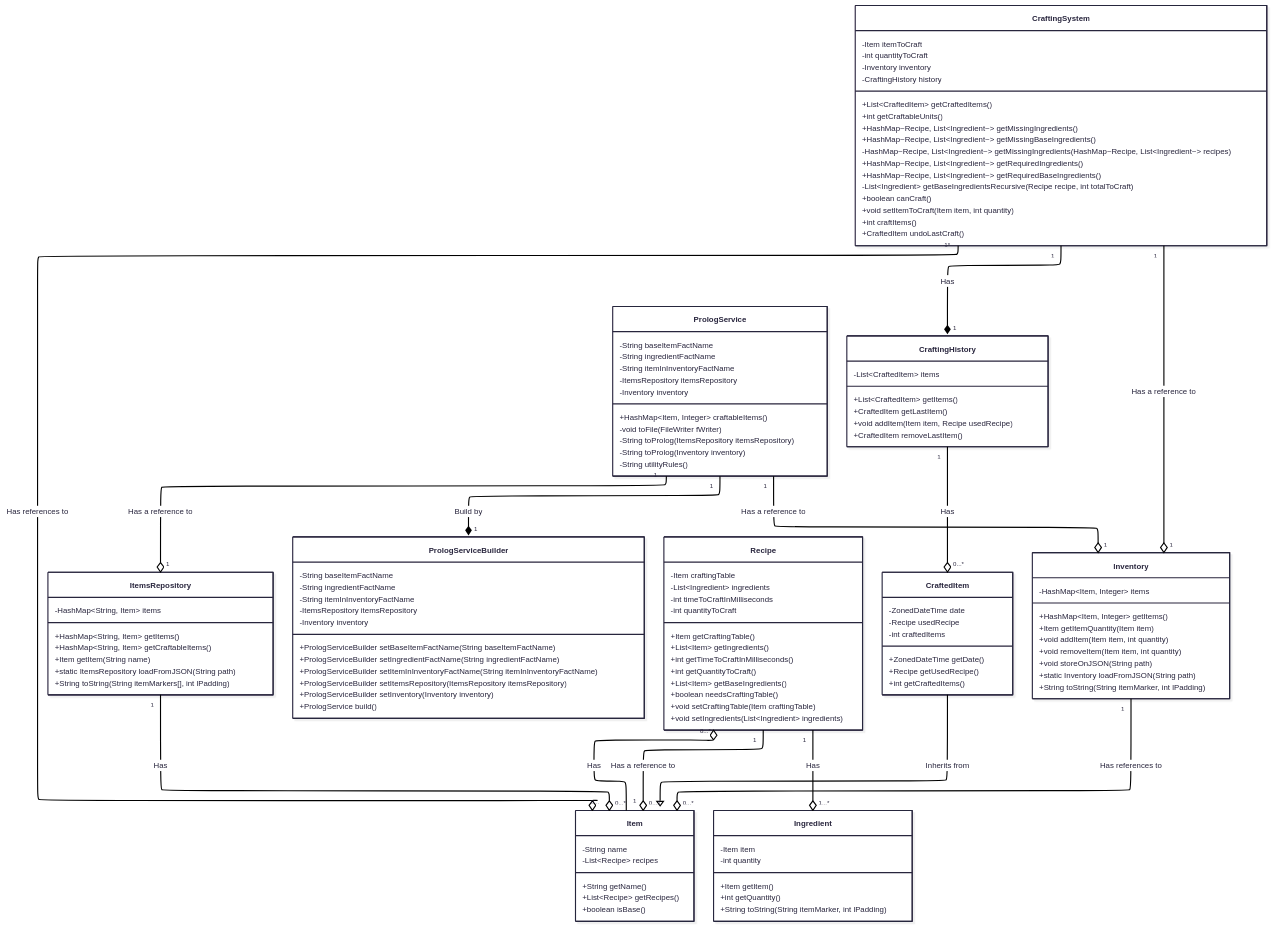
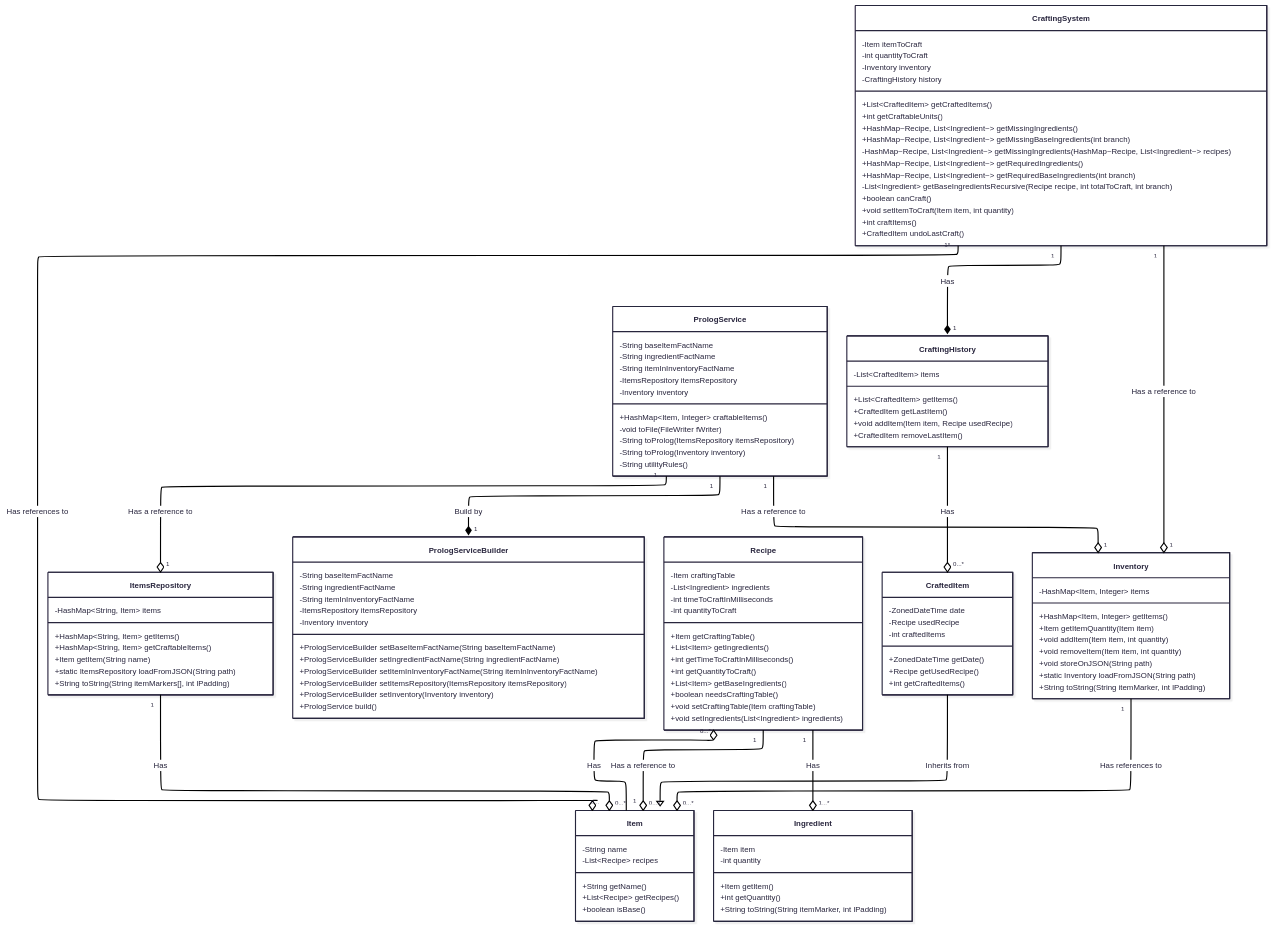
The first of 2 diagrams in README.md (hozlucas28/Java-Practical-Work-2025), drawn with Mermaid before and after one commit. The commit also changed 2 other files, not shown here.

Commit message:
feature(getMissingBaseIngredients): add branch param on get base ingredients
In each method which return base ingredients it receives the branch of recipes it should follow.

```diff
--- a/README.md
+++ b/README.md
@@ -212,14 +212,15 @@
         -int quantityToCraft
 	    -Inventory inventory
 	    -CraftingHistory history
+
         +List~CraftedItem~ getCraftedItems()
 	    +int getCraftableUnits()
         +HashMap~Recipe, List~Ingredient~~ getMissingIngredients()
-        +HashMap~Recipe, List~Ingredient~~ getMissingBaseIngredients()
+        +HashMap~Recipe, List~Ingredient~~ getMissingBaseIngredients(int branch)
         -HashMap~Recipe, List~Ingredient~~ getMissingIngredients(HashMap~Recipe, List~Ingredient~~ recipes)
 	    +HashMap~Recipe, List~Ingredient~~ getRequiredIngredients()
-        +HashMap~Recipe, List~Ingredient~~ getRequiredBaseIngredients()
-        -List~Ingredient~ getBaseIngredientsRecursive(Recipe recipe, int totalToCraft)
+        +HashMap~Recipe, List~Ingredient~~ getRequiredBaseIngredients(int branch)
+        -List~Ingredient~ getBaseIngredientsRecursive(Recipe recipe, int totalToCraft, int branch)
 	    +boolean canCraft()
 	    +void setItemToCraft(Item item, int quantity)
 	    +int craftItems()
```
